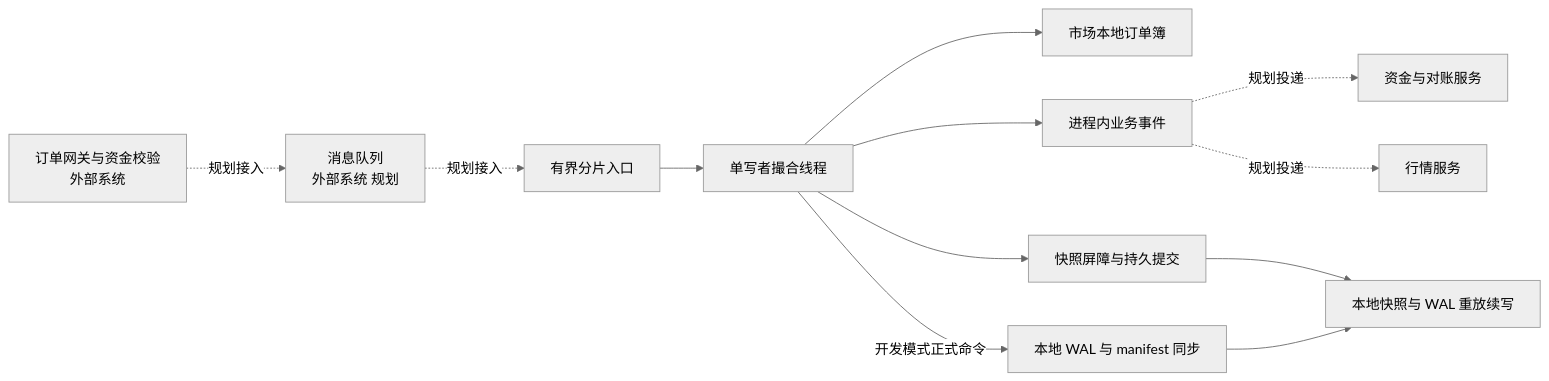
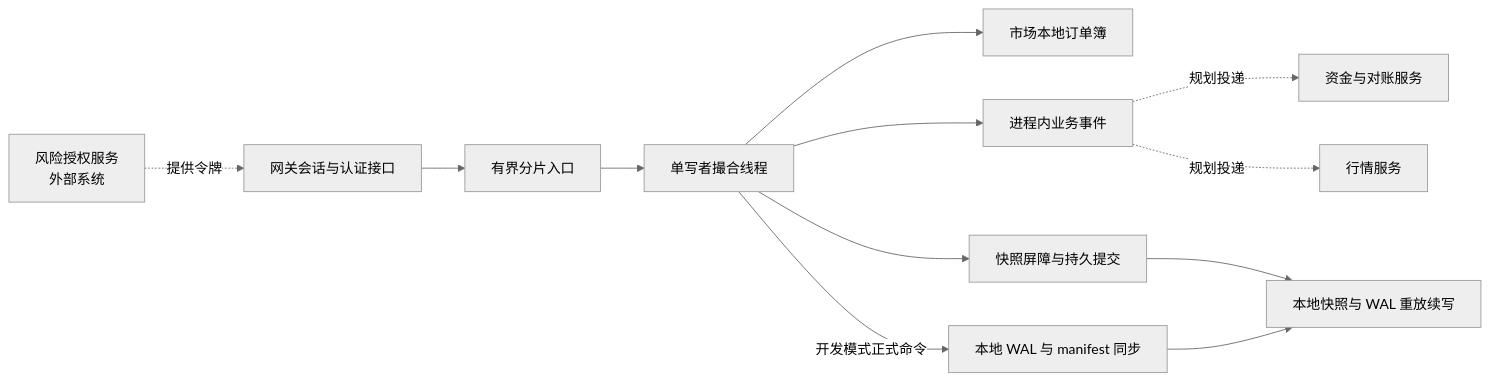
Before and after one commit to YANSHAO0032/tide-matching-engine: the diagram in README.md, drawn with Mermaid (neutral theme). The commit also changed other lines of this file and 33 other files, not shown here.

````diff
--- a/README.md
+++ b/README.md
@@ -28,14 +28,14 @@
 ```mermaid
 flowchart LR
-    G[订单网关与资金校验<br/>外部系统] -. 规划接入 .-> Q[消息队列<br/>外部系统 规划]
-    Q -. 规划接入 .-> R[有界分片入口]
+    G[网关会话与认证接口] --> R[有界分片入口]
+    F0[风险授权服务<br/>外部系统] -. 提供令牌 .-> G
     R --> S[单写者撮合线程]
     S --> B[市场本地订单簿]
     S --> E[进程内业务事件]
     S -->|开发模式正式命令| W[本地 WAL 与 manifest 同步]
     S --> P[快照屏障与持久提交]
     P --> H[本地快照与 WAL 重放续写]
     W --> H
     E -. 规划投递 .-> F[资金与对账服务]
     E -. 规划投递 .-> M[行情服务]
 ```
````
